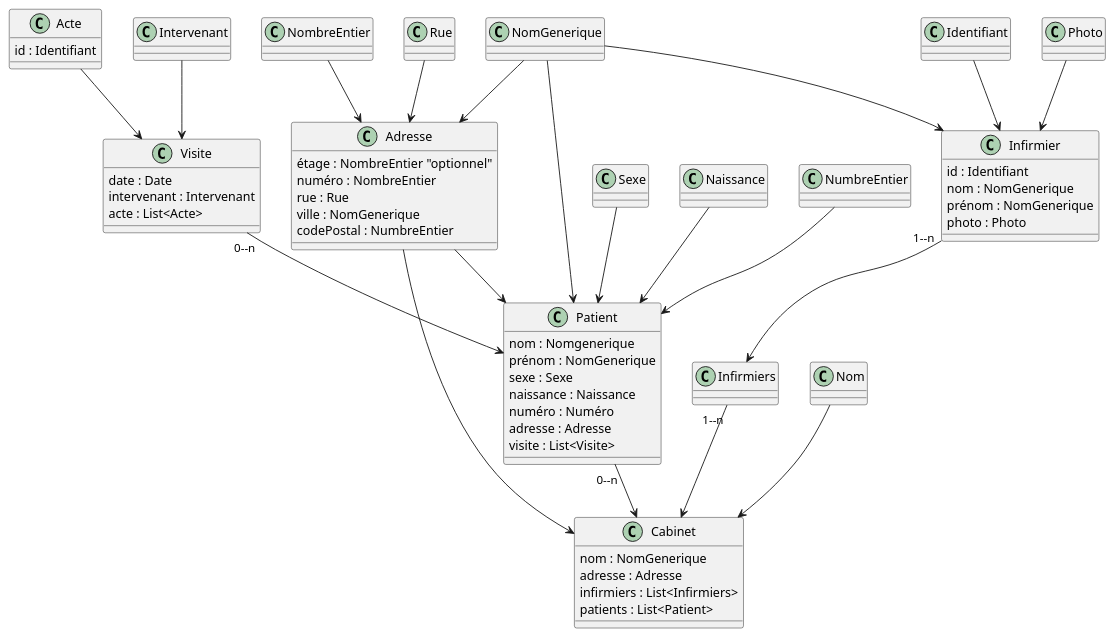
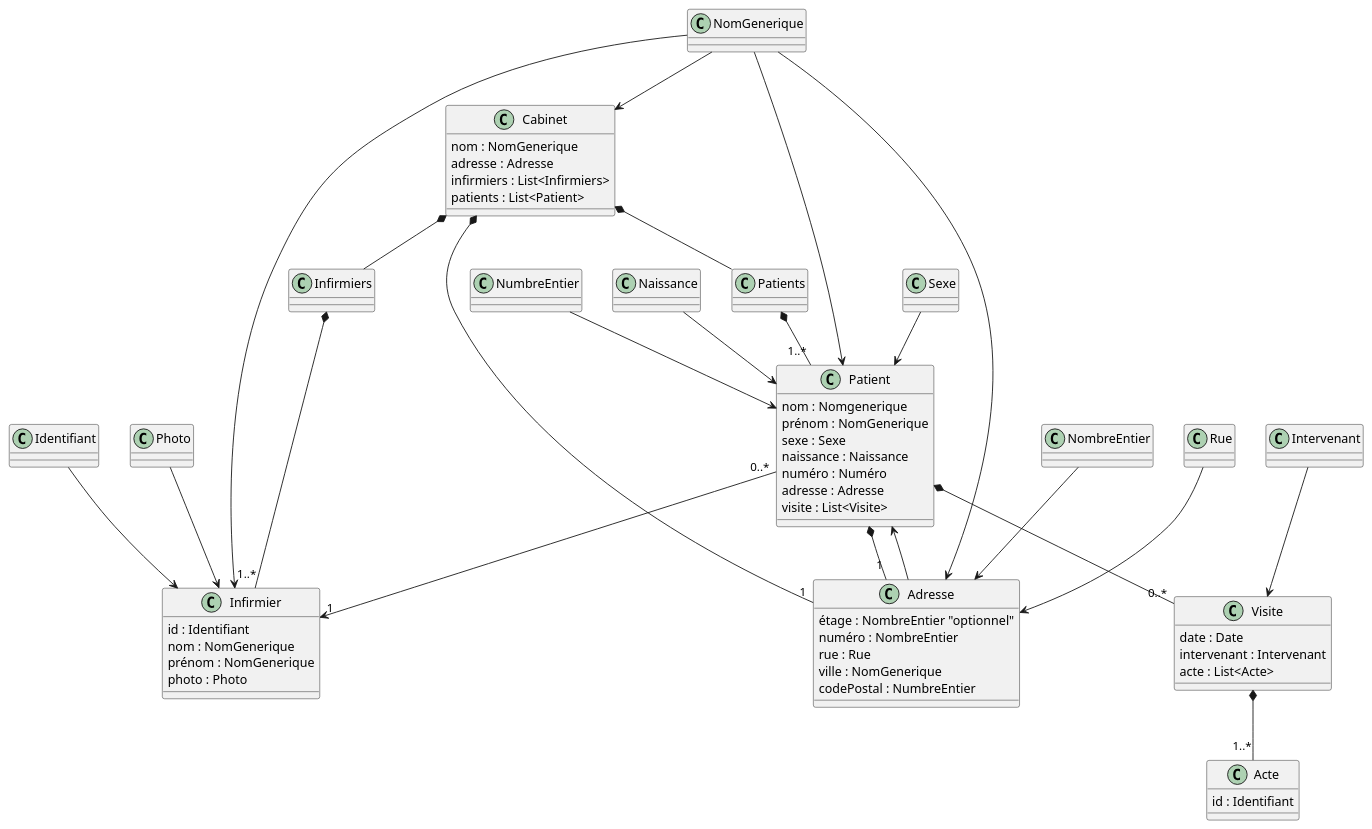
One commit to dramekhoyane-oss/XML-Projets changed the diagram in CabinetInfermier/cabinet.plantuml. Above: the diagram before and after it, drawn with PlantUML. The commit also changed 1 other file, not shown here.

Commit message:
ajuster + Commentaires des laisons entre les classe

```diff
--- a/CabinetInfermier/cabinet.plantuml
+++ b/CabinetInfermier/cabinet.plantuml
@@ -1,82 +1,124 @@
 @startuml
 
 class Cabinet {
 nom : NomGenerique 
 adresse : Adresse 
 infirmiers : List<Infirmiers>
 patients : List<Patient>
 }
-
+/' les classes conteneurs de patien et infirmier'/
+class Patients{
+}
+class Infirmiers{
+}
 class Patient{
 nom : Nomgenerique
 prénom : NomGenerique
 sexe : Sexe 
 naissance : Naissance 
 numéro : Numéro 
 adresse : Adresse
 visite : List<Visite>
 }
 
+class Infirmier{
+id : Identifiant 
+nom : NomGenerique
+prénom : NomGenerique
+photo : Photo
+}
+
 class Visite{
 date : Date
 intervenant : Intervenant /' ou id '/
 acte : List<Acte>
 }
+
+class Acte{
+id : Identifiant 
+}
+class Intervenant {
+}
+
 class Adresse{
 étage : NombreEntier "optionnel"
 numéro : NombreEntier
 rue : Rue 
 ville : NomGenerique
 codePostal : NumbreEntier
 
 }
-
-class Infirmier{
-id : Identifiant 
-nom : NomGenerique
-prénom : NomGenerique
-photo : Photo
-}
-class Acte{
-id : Identifiant 
-}
-class Intervenant {
-}
 class NomGenerique {
 } /'passer en classe nom prenom ville '/
-class Infirmiers{
-}
+
+
+
 class Identifiant{
 }
 class NombreEntier{
 }
+
+class Sexe{
+}
+
 class Photo{
 }
 class Rue{
 }
-Nom --> Cabinet 
-Adresse --> Cabinet 
-Infirmiers  "1--n" --> Cabinet
-Patient "0--n"--> Cabinet
 
+
+/'les liaisons '/
+
+/'la Composition (*--): La "partie" ne peut pas exister sans le "tout"
+exemple: Cabinet -> la "Tout" , Infirmiers -> la "Partie"
+si le cabinet ferme, plus la classe Infirmiers(plus de raison d'etre)
+'/
+
+/'L'Agrégation (o--): La "partie" peut exister indépendamment du "tout"
+'/
+
+/' A --> B : A -> (A l'element simple , B -> l'element qui utilise A) lien logique simple qui peut signifier "est affecteé à"
+ '/
+
+
+Cabinet *-- Infirmiers
+Cabinet *-- Patients
+Cabinet *-- "1" Adresse 
+Infirmiers *-- "1..*" Infirmier
+Patients *-- "1..*" Patient
+Patient *-- "0..*" Visite /'une visite ne peut pas exister sans patient '/
+Patient *-- "1" Adresse
+Patient "0..*" --> "1" Infirmier /' 1 Infirmier a 0 ou +sieur Patient '/
+Visite *-- "1..*"  Acte 
+
+NomGenerique --> Cabinet 
+NomGenerique --> Infirmier
+NomGenerique --> Patient /'nom + Prénom'/
 NomGenerique --> Adresse  /'Ville'/
 NombreEntier --> Adresse  /'numéro + CodePostal'/
+NumbreEntier --> Patient /'numéro'/
+Sexe--> Patient
+Naissance--> Patient
+Adresse--> Patient
+Identifiant --> Infirmier
+Photo --> Infirmier
+Intervenant --> Visite
 Rue --> Adresse
 
-Infirmier "1--n" --> Infirmiers
 
-NomGenerique --> Patient /'nom + Prénom'/
-Sexe--> Patient
-Naissance--> Patient
-NumbreEntier --> Patient /'numéro'/
-Adresse--> Patient
-Visite "0--n"--> Patient
 
-Intervenant --> Visite
-Acte --> Visite
 
-Identifiant --> Infirmier
-NomGenerique --> Infirmier
-Photo --> Infirmier
+
+
+
+
+
+
+
+
+
+
+
+
 
 @enduml
```
